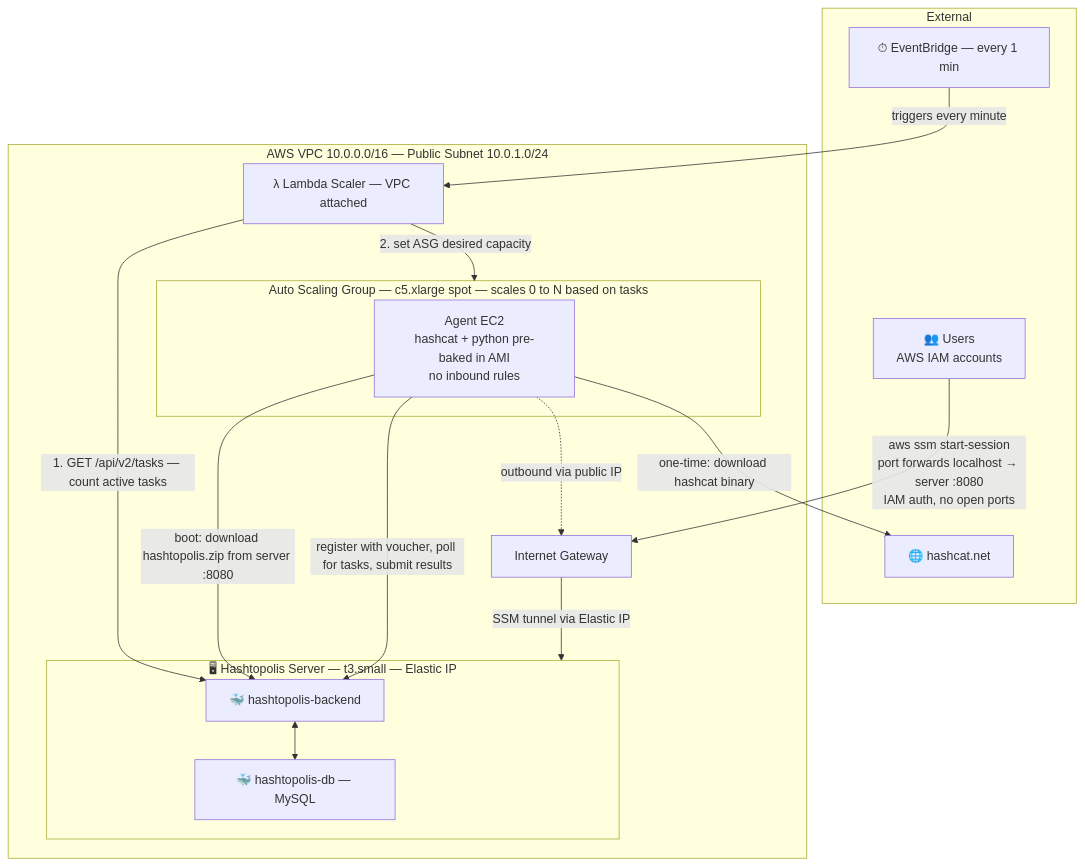
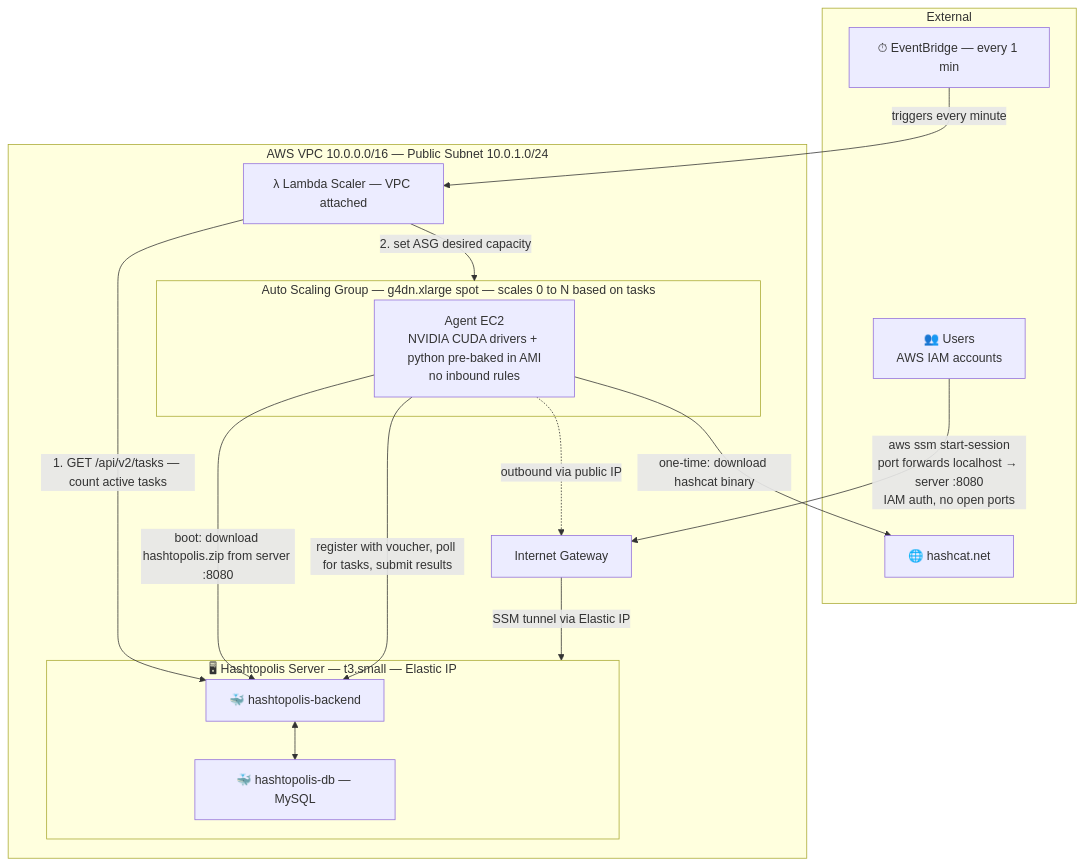
The diagram in architecture.md (jacknelson2351/aws-hashtopolis-cf), drawn with Mermaid before and after one commit.

Commit message:
diagram and readme update

````diff
--- a/architecture.md
+++ b/architecture.md
@@ -1,36 +1,36 @@
 ```mermaid
 graph TB
     subgraph EXT["External"]
         Users["👥 Users<br/>AWS IAM accounts"]
         HashcatNet["🌐 hashcat.net"]
         EventBridge["⏱ EventBridge — every 1 min"]
     end
 
     subgraph VPC["AWS VPC 10.0.0.0/16 — Public Subnet 10.0.1.0/24"]
         IGW["Internet Gateway"]
 
         subgraph ServerEC2["🖥 Hashtopolis Server — t3.small — Elastic IP"]
             Backend["🐳 hashtopolis-backend"]
             DB["🐳 hashtopolis-db — MySQL"]
             Backend <--> DB
         end
 
-        subgraph ASG["Auto Scaling Group — c5.xlarge spot — scales 0 to N based on tasks"]
-            Agent["Agent EC2<br/>hashcat + python pre-baked in AMI<br/>no inbound rules"]
+        subgraph ASG["Auto Scaling Group — g4dn.xlarge spot — scales 0 to N based on tasks"]
+            Agent["Agent EC2<br/>NVIDIA CUDA drivers + python pre-baked in AMI<br/>no inbound rules"]
         end
 
         Lambda["λ Lambda Scaler — VPC attached"]
     end
 
     Users -->|"aws ssm start-session<br/>port forwards localhost → server :8080<br/>IAM auth, no open ports"| IGW
     IGW -->|"SSM tunnel via Elastic IP"| ServerEC2
 
     EventBridge -->|"triggers every minute"| Lambda
     Lambda -->|"1. GET /api/v2/tasks — count active tasks"| Backend
     Lambda -->|"2. set ASG desired capacity"| ASG
 
     Agent -->|"boot: download hashtopolis.zip from server :8080"| Backend
     Agent -->|"register with voucher, poll for tasks, submit results"| Backend
     Agent -->|"one-time: download hashcat binary"| HashcatNet
     Agent -.->|"outbound via public IP"| IGW
 ```
````
